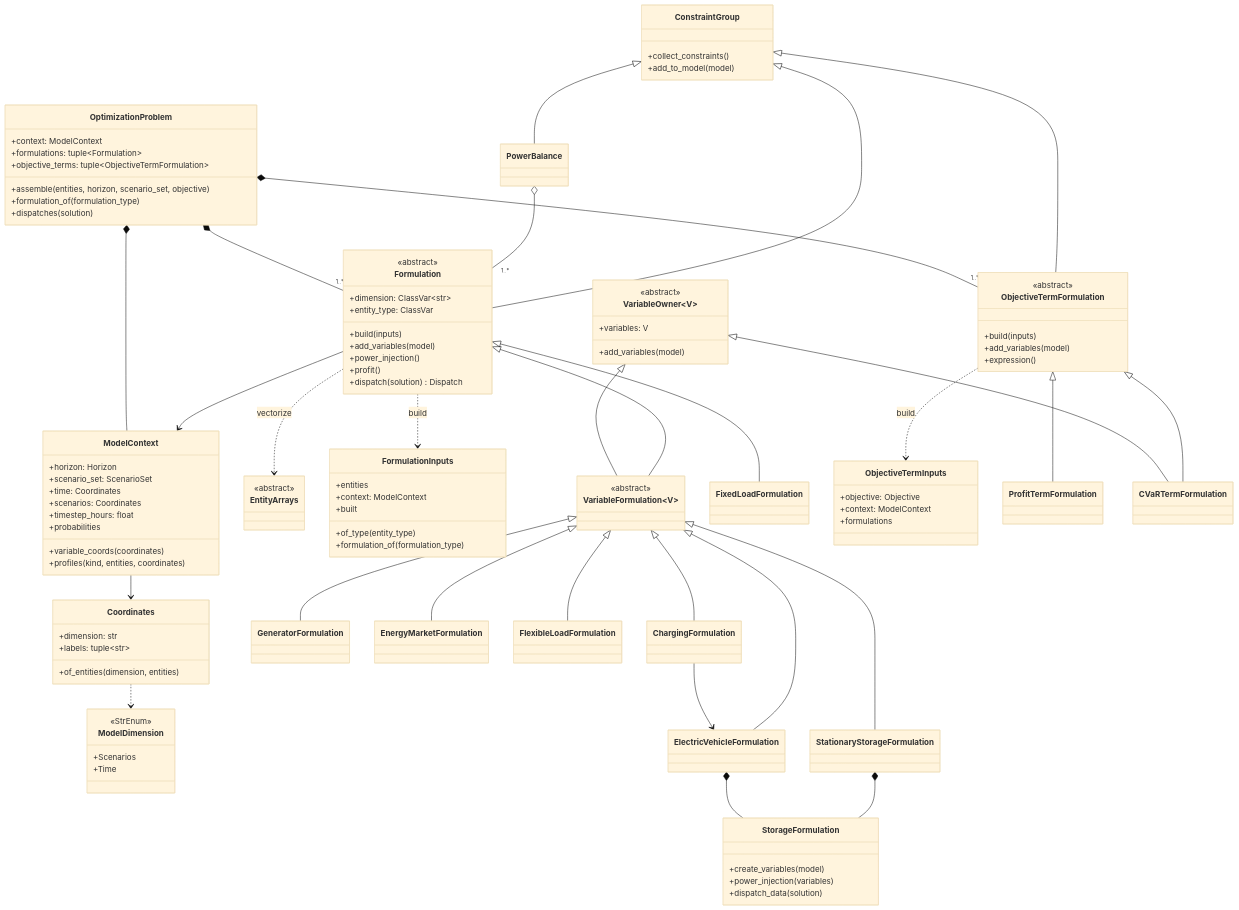
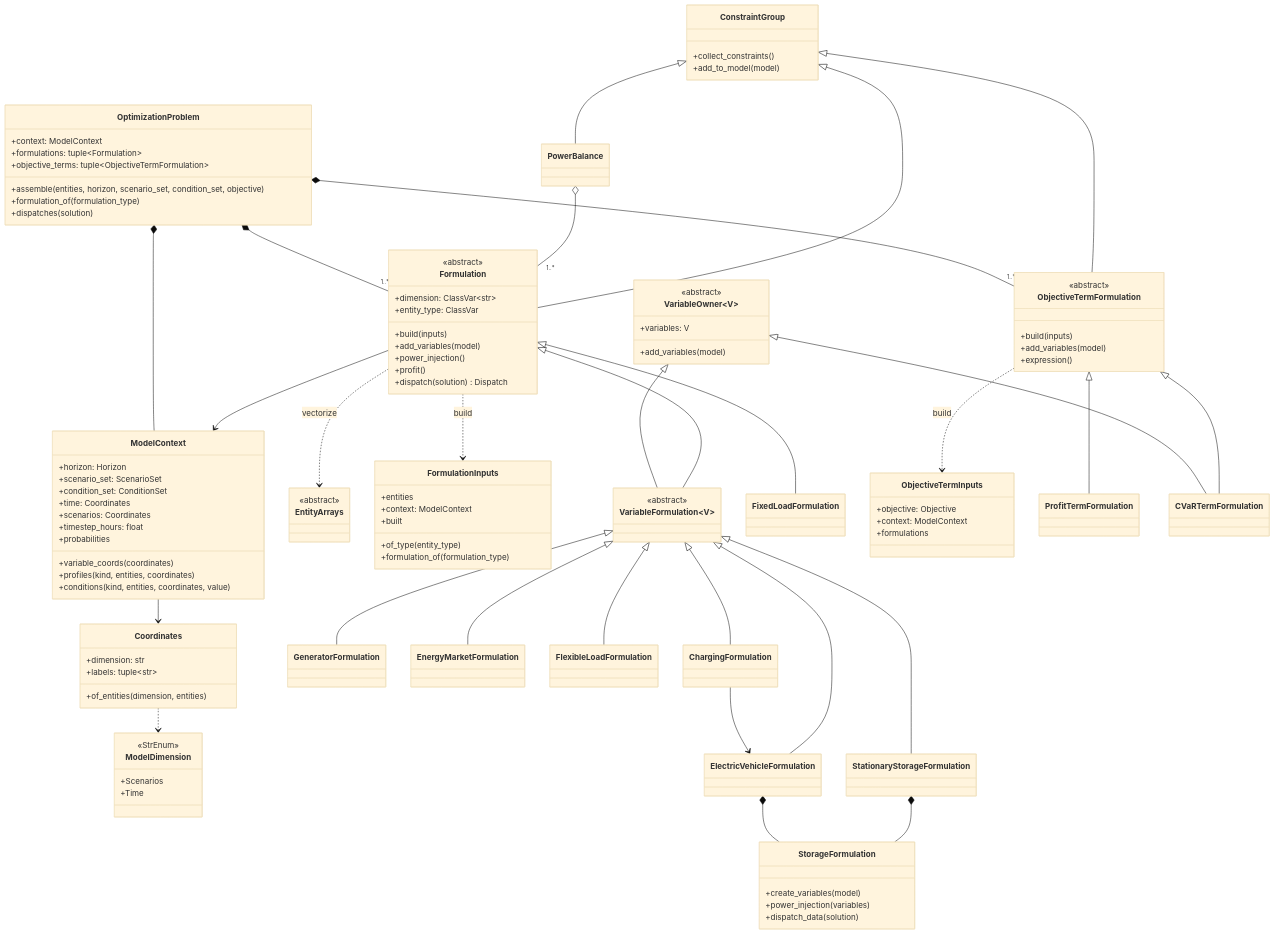
Before and after one commit to ramirocrc/odys: the fourth of 5 diagrams in docs/architecture/model.md, drawn with Mermaid (base theme). The commit also changed other lines of this file and 65 other files, not shown here.

```diff
--- a/docs/architecture/model.md
+++ b/docs/architecture/model.md
@@ -214,12 +273,14 @@
     class ModelContext {
         +horizon: Horizon
         +scenario_set: ScenarioSet
+        +condition_set: ConditionSet
         +time: Coordinates
         +scenarios: Coordinates
         +timestep_hours: float
         +probabilities
         +variable_coords(coordinates)
         +profiles(kind, entities, coordinates)
+        +conditions(kind, entities, coordinates, value)
     }
     class Coordinates {
         +dimension: str
@@ -293,7 +354,7 @@
         +context: ModelContext
         +formulations: tuple~Formulation~
         +objective_terms: tuple~ObjectiveTermFormulation~
-        +assemble(entities, horizon, scenario_set, objective)
+        +assemble(entities, horizon, scenario_set, condition_set, objective)
         +formulation_of(formulation_type)
         +dispatches(solution)
     }
```
